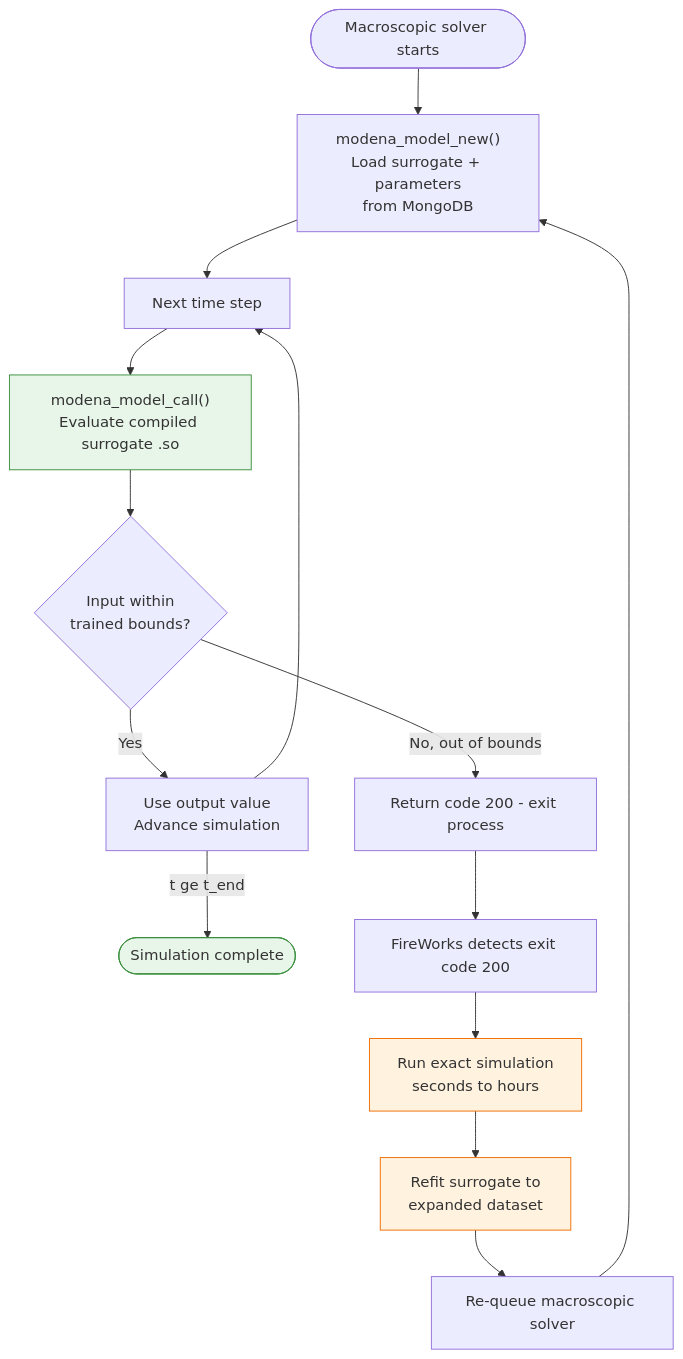
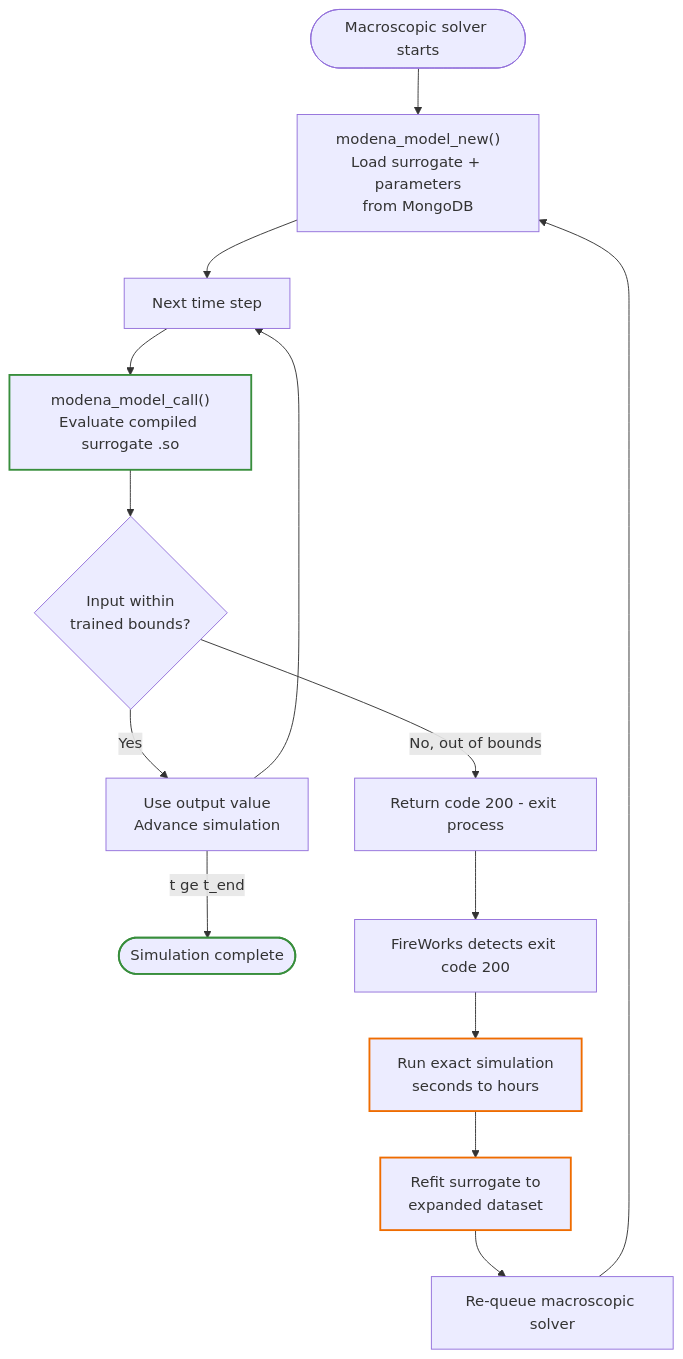
The third of 4 diagrams in README.md (sigveka/MoDeNa2), drawn with Mermaid before and after one commit. The commit also changed other lines of this file, not shown here.

Commit message:
Mermaid colour issues fixed

````diff
--- a/README.md
+++ b/README.md
@@ -135,26 +135,26 @@
 ```mermaid
 flowchart TD
     s([Macroscopic solver starts])
     load["modena_model_new()\nLoad surrogate + parameters\nfrom MongoDB"]
     tstep["Next time step"]
     eval["modena_model_call()\nEvaluate compiled surrogate .so"]
     bounds{Input within\ntrained bounds?}
     use["Use output value\nAdvance simulation"]
     finish([Simulation complete])
 
     oob["Return code 200 - exit process"]
     fw["FireWorks detects exit code 200"]
     exact["Run exact simulation\nseconds to hours"]
     refit["Refit surrogate to\nexpanded dataset"]
     requeue["Re-queue macroscopic solver"]
 
     s --> load --> tstep --> eval --> bounds
     bounds -- Yes --> use --> tstep
     use -- t ge t_end --> finish
     bounds -- No, out of bounds --> oob --> fw --> exact --> refit --> requeue --> load
 
-    style exact   fill:#fff3e0,stroke:#ef6c00
-    style refit   fill:#fff3e0,stroke:#ef6c00
-    style eval    fill:#e8f5e9,stroke:#388e3c
-    style finish  fill:#e8f5e9,stroke:#388e3c
+    style exact   stroke:#ef6c00,stroke-width:2px
+    style refit   stroke:#ef6c00,stroke-width:2px
+    style eval    stroke:#388e3c,stroke-width:2px
+    style finish  stroke:#388e3c,stroke-width:2px
 ```
````
